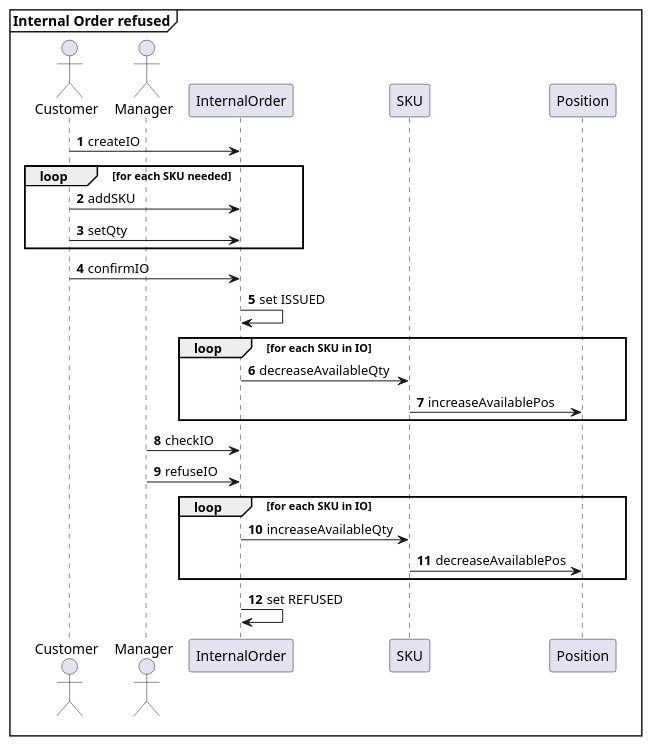
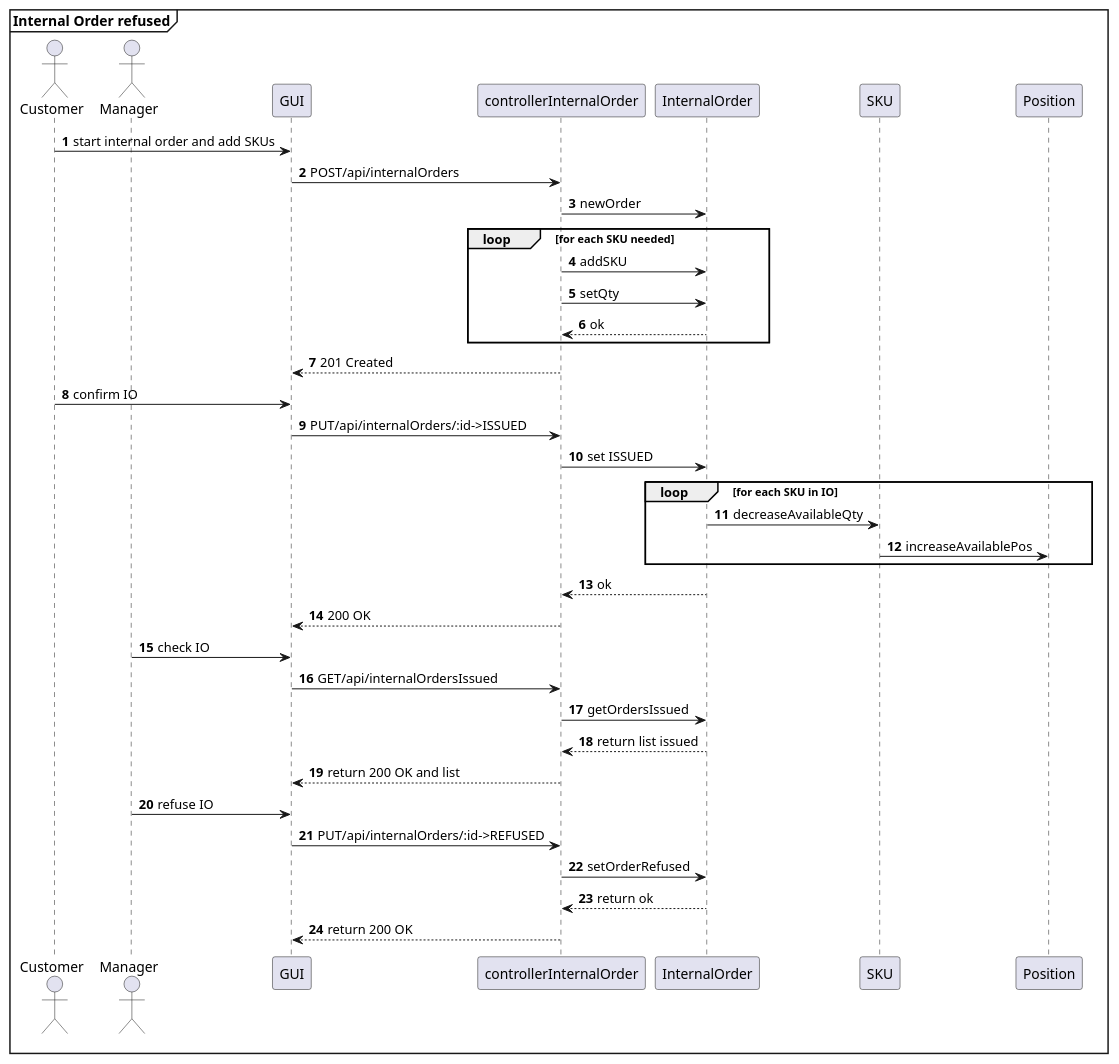
Before and after one commit to AlexZampa/EzWh: diagram 22 of 23 in DesignDocument.md, drawn with PlantUML. The commit also changed other lines of this file, not shown here.

````diff
--- a/DesignDocument.md
+++ b/DesignDocument.md
@@ -1018,29 +1051,44 @@
 ```plantuml
 @startuml
 mainframe **Internal Order refused**
 actor Customer
 actor Manager
+participant GUI
+participant controllerInternalOrder
 participant InternalOrder
 participant SKU
 
 autonumber
-Customer -> InternalOrder : createIO
+Customer -> GUI : start internal order and add SKUs
+GUI -> controllerInternalOrder : POST/api/internalOrders
+controllerInternalOrder -> InternalOrder : newOrder
 loop for each SKU needed
-  Customer -> InternalOrder : addSKU
-  Customer -> InternalOrder : setQty
+  controllerInternalOrder -> InternalOrder : addSKU
+  controllerInternalOrder -> InternalOrder : setQty
+  controllerInternalOrder <-- InternalOrder : ok
 end loop
-Customer -> InternalOrder : confirmIO
-InternalOrder -> InternalOrder : set ISSUED
+GUI <-- controllerInternalOrder : 201 Created
+
+Customer -> GUI : confirm IO
+GUI -> controllerInternalOrder : PUT/api/internalOrders/:id->ISSUED
+controllerInternalOrder -> InternalOrder : set ISSUED
 loop for each SKU in IO
   InternalOrder -> SKU : decreaseAvailableQty
   SKU -> Position : increaseAvailablePos
 end loop
-Manager -> InternalOrder : checkIO
-Manager -> InternalOrder : refuseIO
-loop for each SKU in IO
-  InternalOrder -> SKU : increaseAvailableQty
-  SKU -> Position : decreaseAvailablePos
-end loop
-InternalOrder -> InternalOrder : set REFUSED
+controllerInternalOrder <-- InternalOrder : ok
+GUI <-- controllerInternalOrder : 200 OK
+
+Manager -> GUI : check IO
+GUI -> controllerInternalOrder : GET/api/internalOrdersIssued
+controllerInternalOrder -> InternalOrder : getOrdersIssued
+controllerInternalOrder <-- InternalOrder : return list issued
+GUI <-- controllerInternalOrder : return 200 OK and list
+
+Manager -> GUI : refuse IO
+GUI -> controllerInternalOrder : PUT/api/internalOrders/:id->REFUSED
+controllerInternalOrder -> InternalOrder : setOrderRefused
+controllerInternalOrder <-- InternalOrder : return ok
+GUI <-- controllerInternalOrder : return 200 OK
 @enduml
 ```
````
